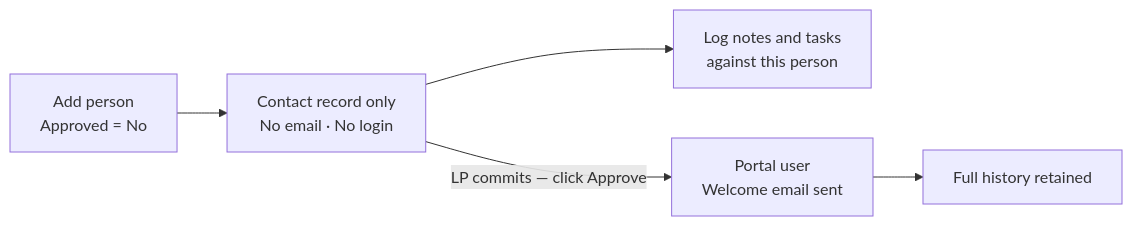
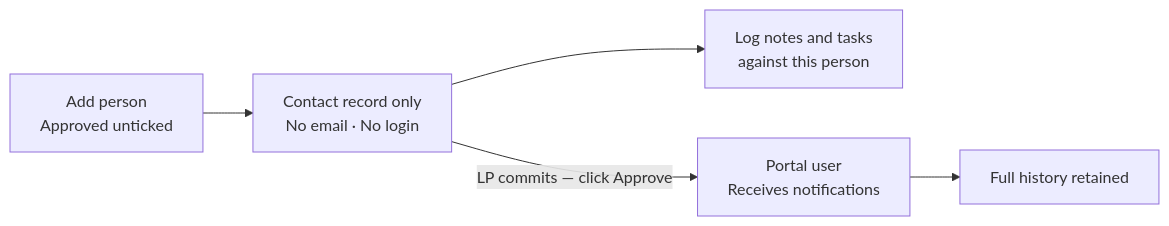
Before and after one commit to sampadadiwan/IRM_CompanyMain: the second of 3 diagrams in docs/user_guides/lp_crm_user_guide.md, drawn with Mermaid. The commit also changed other lines of this file and 135 other files, not shown here.

````diff
--- a/docs/user_guides/lp_crm_user_guide.md
+++ b/docs/user_guides/lp_crm_user_guide.md
@@ -167,7 +173,7 @@
 ```mermaid
 flowchart LR
-    A["Add person<br/>Approved = No"] --> B["Contact record only<br/>No email · No login"]
+    A["Add person<br/>Approved unticked"] --> B["Contact record only<br/>No email · No login"]
     B --> C["Log notes and tasks<br/>against this person"]
-    B -->|"LP commits — click Approve"| D["Portal user<br/>Welcome email sent"]
+    B -->|"LP commits — click Approve"| D["Portal user<br/>Receives notifications"]
     D --> E["Full history retained"]
 ```
````
